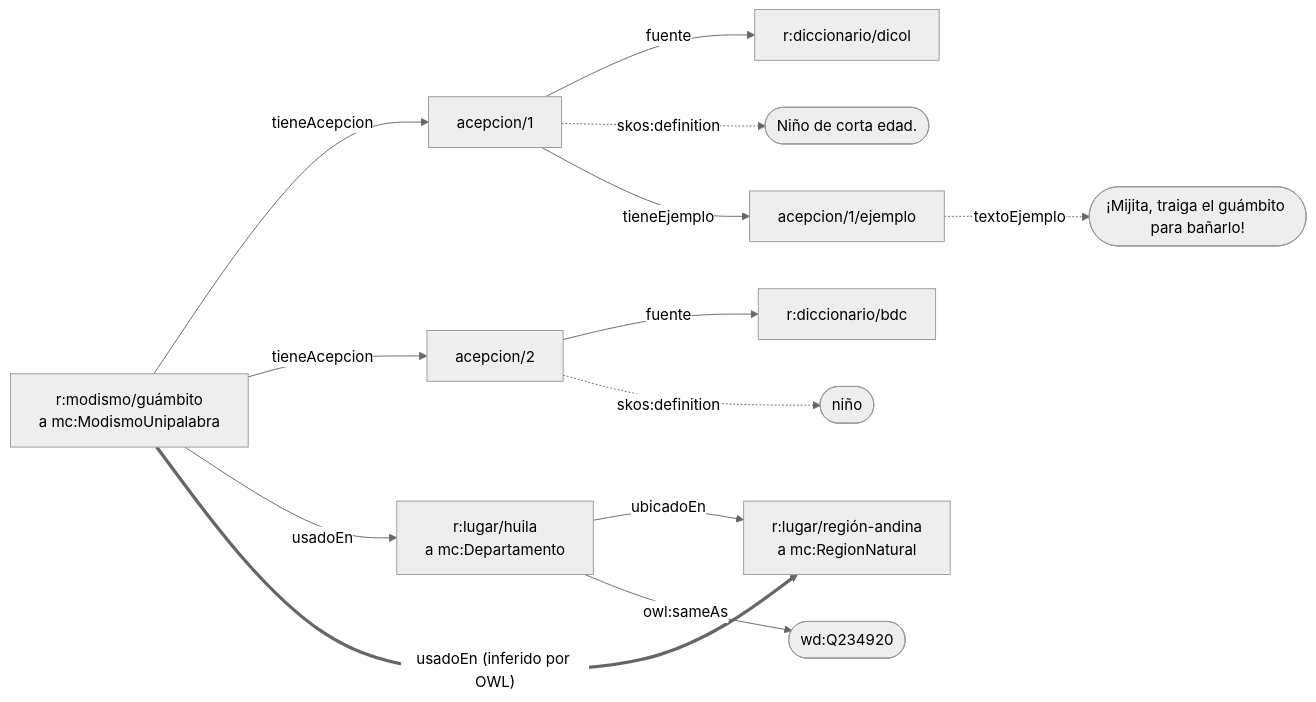
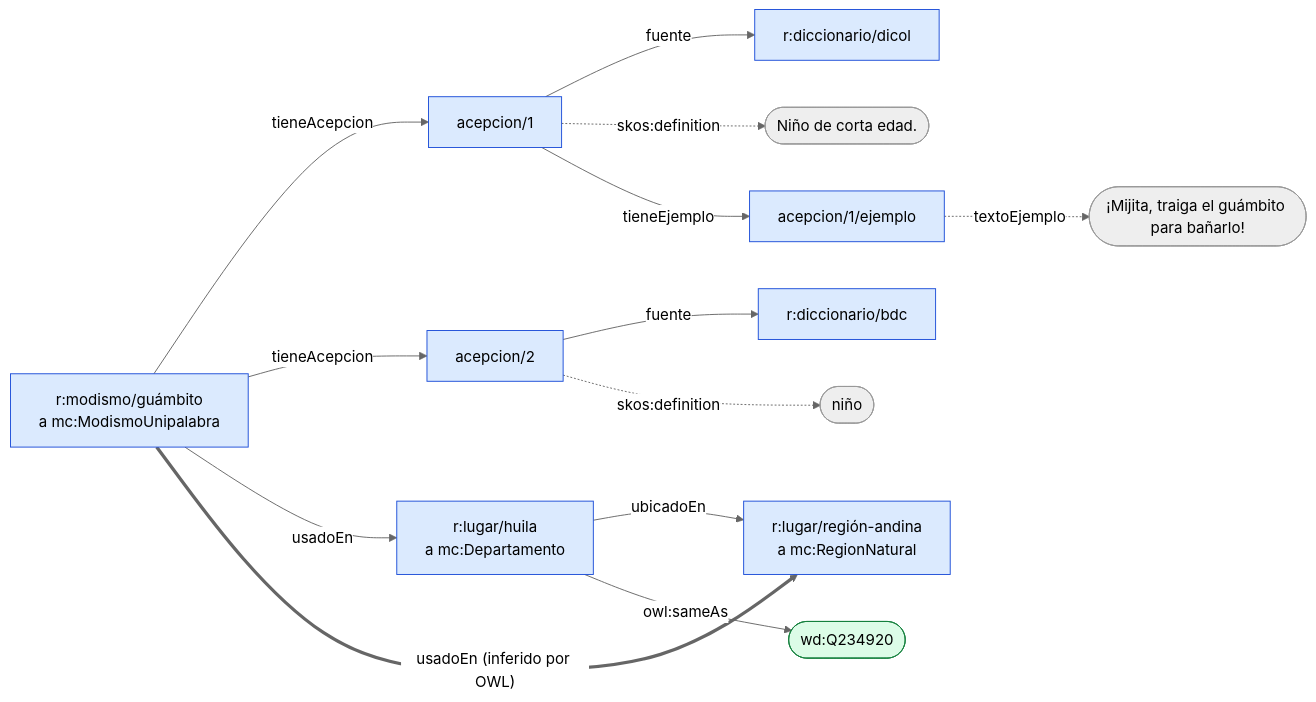
Before and after one commit to ignchap27/ontologia-modismos-colombianos: the second of 2 diagrams in README.md, drawn with Mermaid (neutral theme). The commit also changed other lines of this file, not shown here.

````diff
--- a/README.md
+++ b/README.md
@@ -53,18 +67,23 @@
 ```mermaid
 flowchart LR
     m["r:modismo/guámbito<br/>a mc:ModismoUnipalabra"]
     a1["acepcion/1"]
     a2["acepcion/2"]
     m -- tieneAcepcion --> a1
     m -- tieneAcepcion --> a2
     a1 -- fuente --> dicol["r:diccionario/dicol"]
     a2 -- fuente --> bdc["r:diccionario/bdc"]
     a1 -. skos:definition .-> d1(["Niño de corta edad."])
     a2 -. skos:definition .-> d2(["niño"])
     a1 -- tieneEjemplo --> e["acepcion/1/ejemplo"]
     e -. textoEjemplo .-> t(["¡Mijita, traiga el guámbito para bañarlo!"])
     m -- usadoEn --> huila["r:lugar/huila<br/>a mc:Departamento"]
     huila -- ubicadoEn --> andina["r:lugar/región-andina<br/>a mc:RegionNatural"]
     huila -- owl:sameAs --> wd(["wd:Q234920"])
     m == "usadoEn (inferido por OWL)" ==> andina
+
+    classDef propio fill:#dbeafe,stroke:#1d4ed8,color:#000
+    classDef wikidata fill:#dcfce7,stroke:#15803d,color:#000
+    class m,a1,a2,dicol,bdc,e,huila,andina propio
+    class wd wikidata
 ```
````
